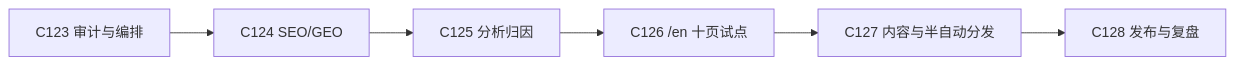
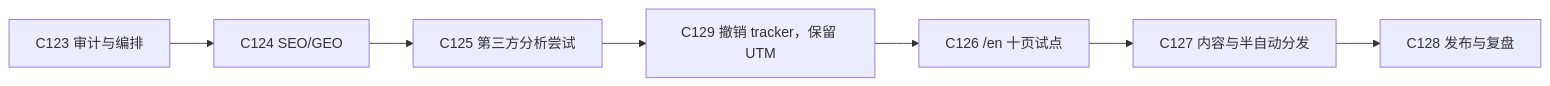
Before and after one commit to IllegalCreed/algorithms-visualization: the diagram in docs/marketing/roadmap.md, drawn with Mermaid. The commit also changed other lines of this file and 21 other files, not shown here.

````diff
--- a/docs/marketing/roadmap.md
+++ b/docs/marketing/roadmap.md
@@ -35,8 +35,9 @@
 ```mermaid
 flowchart LR
   C123["C123 审计与编排"] --> C124["C124 SEO/GEO"]
-  C124 --> C125["C125 分析归因"]
-  C125 --> C126["C126 /en 十页试点"]
+  C124 --> C125["C125 第三方分析尝试"]
+  C125 --> C129["C129 撤销 tracker，保留 UTM"]
+  C129 --> C126["C126 /en 十页试点"]
   C126 --> C127["C127 内容与半自动分发"]
   C127 --> C128["C128 发布与复盘"]
 ```
````
